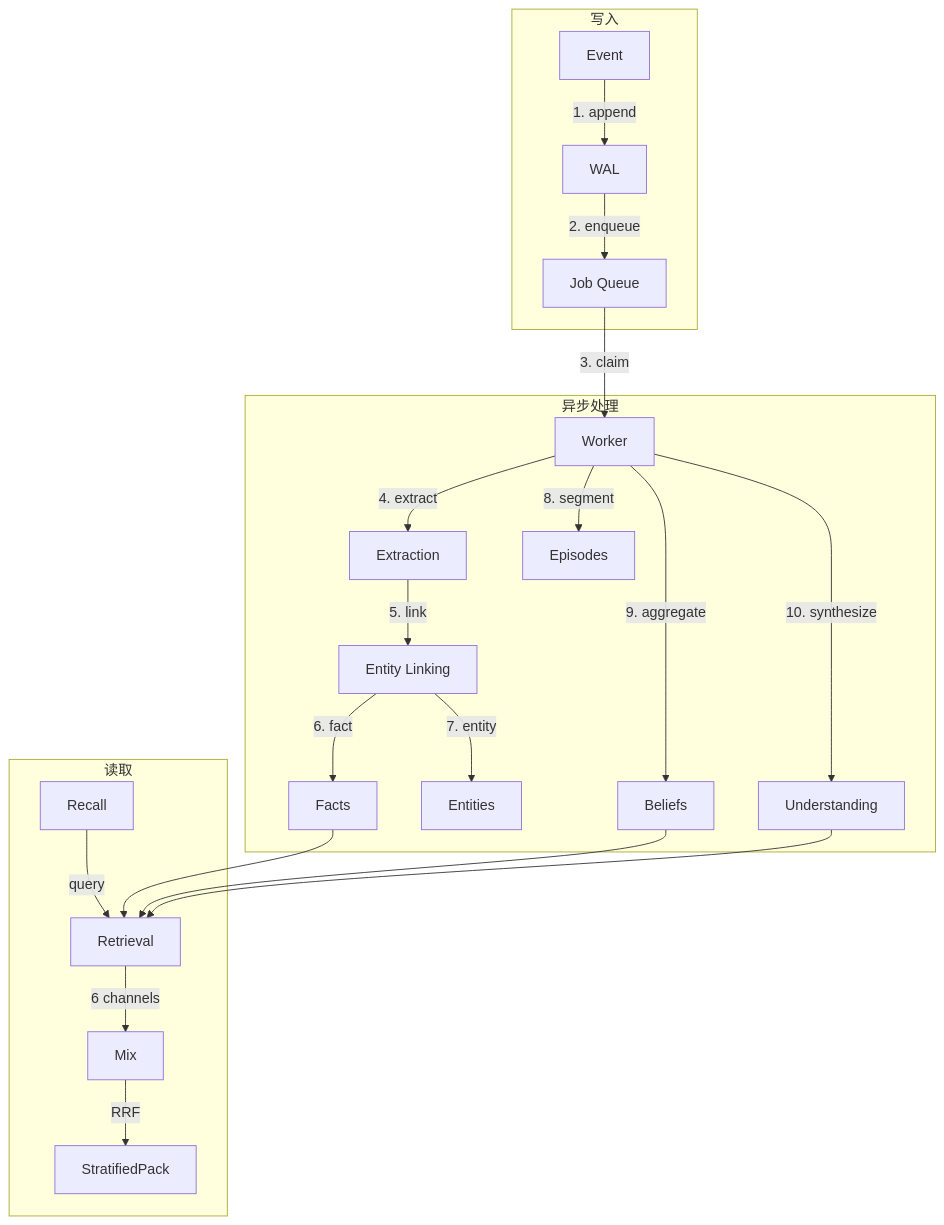
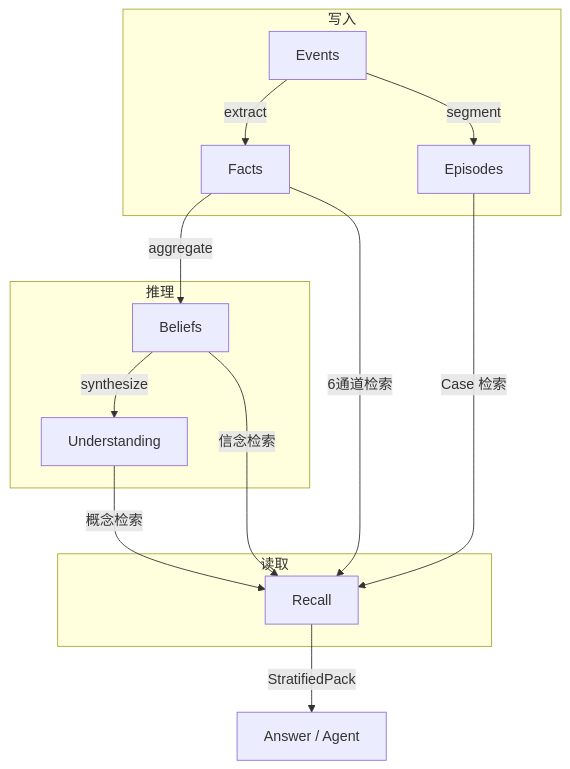
Before and after one commit to pty819/cortex-py-book: the third of 3 diagrams in source/chapters/01-memory-model.md, drawn with Mermaid. The commit also changed other lines of this file and 18 other files, not shown here.

First line of the commit message:
docs: refresh book with latest cortex-py architecture

````diff
--- a/source/chapters/01-memory-model.md
+++ b/source/chapters/01-memory-model.md
@@ -363,28 +330,21 @@
 ```{mermaid}
 graph TB
     subgraph 写入
-        E[Event] -->|1. append| WAL[WAL]
-        WAL -->|2. enqueue| Q[Job Queue]
+        E[Events] -->|extract| F[Facts]
+        E -->|segment| EP[Episodes]
     end
     
-    subgraph 异步处理
-        Q -->|3. claim| W[Worker]
-        W -->|4. extract| EXT[Extraction]
-        EXT -->|5. link| LINK[Entity Linking]
-        LINK -->|6. fact| F[Facts]
-        LINK -->|7. entity| ENT[Entities]
-        W -->|8. segment| EP[Episodes]
-        W -->|9. aggregate| B[Beliefs]
-        W -->|10. synthesize| U[Understanding]
+    subgraph 推理
+        F -->|aggregate| B[Beliefs]
+        B -->|synthesize| U[Understanding]
     end
     
     subgraph 读取
-        R[Recall] -->|query| RET[Retrieval]
-        RET -->|6 channels| MIX[Mix]
-        MIX -->|RRF| PACK[StratifiedPack]
+        F -->|6通道检索| R[Recall]
+        EP -->|Case 检索| R
+        B -->|信念检索| R
+        U -->|概念检索| R
     end
     
-    F --> RET
-    B --> RET
-    U --> RET
+    R -->|StratifiedPack| A[Answer / Agent]
 ```
````
